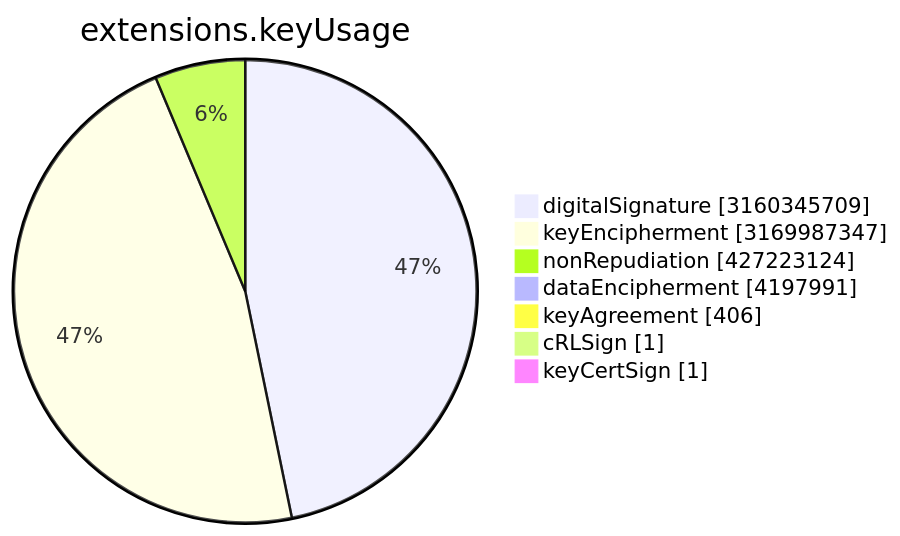
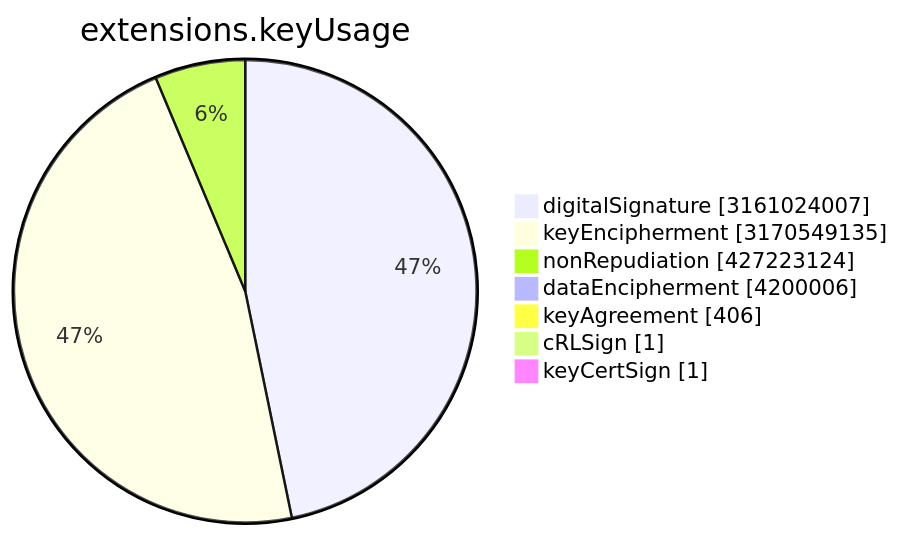
One commit to christiankrug/ctmonitor_visualization changed the sixth of 15 diagrams in TOTAL/README.md. Above: the diagram before and after it, drawn with Mermaid. The commit also changed other lines of this file, not shown here.

````diff
--- a/TOTAL/README.md
+++ b/TOTAL/README.md
@@ -3077,11 +3077,11 @@
 ```mermaid
 pie showData
 title extensions.keyUsage
-"digitalSignature" :3160345709
-"keyEncipherment" :3169987347
+"digitalSignature" :3161024007
+"keyEncipherment" :3170549135
 "nonRepudiation" :427223124
-"dataEncipherment" :4197991
+"dataEncipherment" :4200006
 "keyAgreement" :406
 "cRLSign" :1
 "keyCertSign" :1
 ```
````
